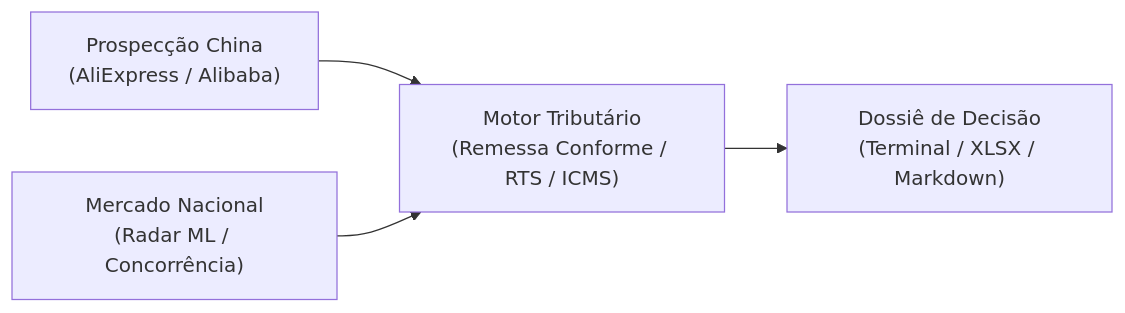
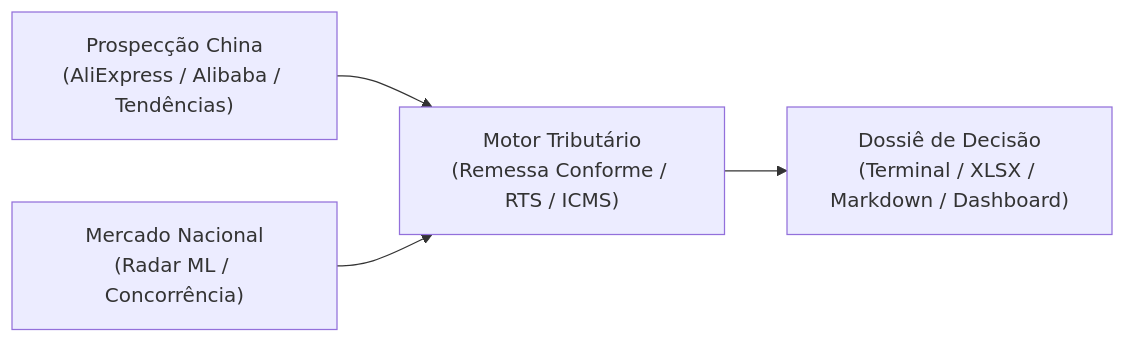
Before and after one commit to IuryAlmeidaDev/aliexpress-finder: the diagram in README.md, drawn with Mermaid. The commit also changed other lines of this file, not shown here.

````diff
--- a/README.md
+++ b/README.md
@@ -60,6 +60,6 @@
 ```mermaid
 flowchart LR
-    A["Prospecção China<br/>(AliExpress / Alibaba)"] --> B["Motor Tributário<br/>(Remessa Conforme / RTS / ICMS)"]
+    A["Prospecção China<br/>(AliExpress / Alibaba / Tendências)"] --> B["Motor Tributário<br/>(Remessa Conforme / RTS / ICMS)"]
     C["Mercado Nacional<br/>(Radar ML / Concorrência)"] --> B
-    B --> D["Dossiê de Decisão<br/>(Terminal / XLSX / Markdown)"]
+    B --> D["Dossiê de Decisão<br/>(Terminal / XLSX / Markdown / Dashboard)"]
 ```
````
